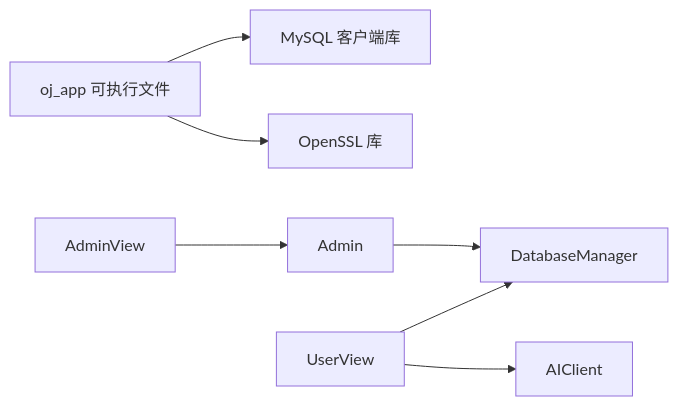
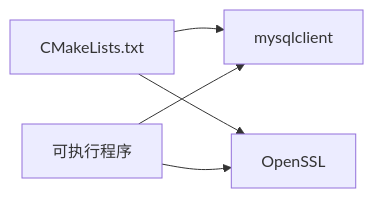
One commit to jinpeng900/OJ-Test changed the eighth of 8 diagrams in .qoder/repowiki/zh/content/核心模块详解/核心模块详解.md. Above: the diagram before and after it, drawn with Mermaid. The commit also changed other lines of this file and 147 other files, not shown here.

````diff
--- a/.qoder/repowiki/zh/content/核心模块详解/核心模块详解.md
+++ b/.qoder/repowiki/zh/content/核心模块详解/核心模块详解.md
@@ -353,9 +298,7 @@
 ```mermaid
 graph LR
-OJ["oj_app 可执行文件"] --> M["MySQL 客户端库"]
-OJ --> S["OpenSSL 库"]
-UV["UserView"] --> AC["AIClient"]
-AV["AdminView"] --> A["Admin"]
-A --> DB["DatabaseManager"]
-UV --> DB
+CMake["CMakeLists.txt"] --> MySQL["mysqlclient"]
+CMake --> OpenSSL["OpenSSL"]
+App["可执行程序"] --> MySQL
+App --> OpenSSL
 ```
````
